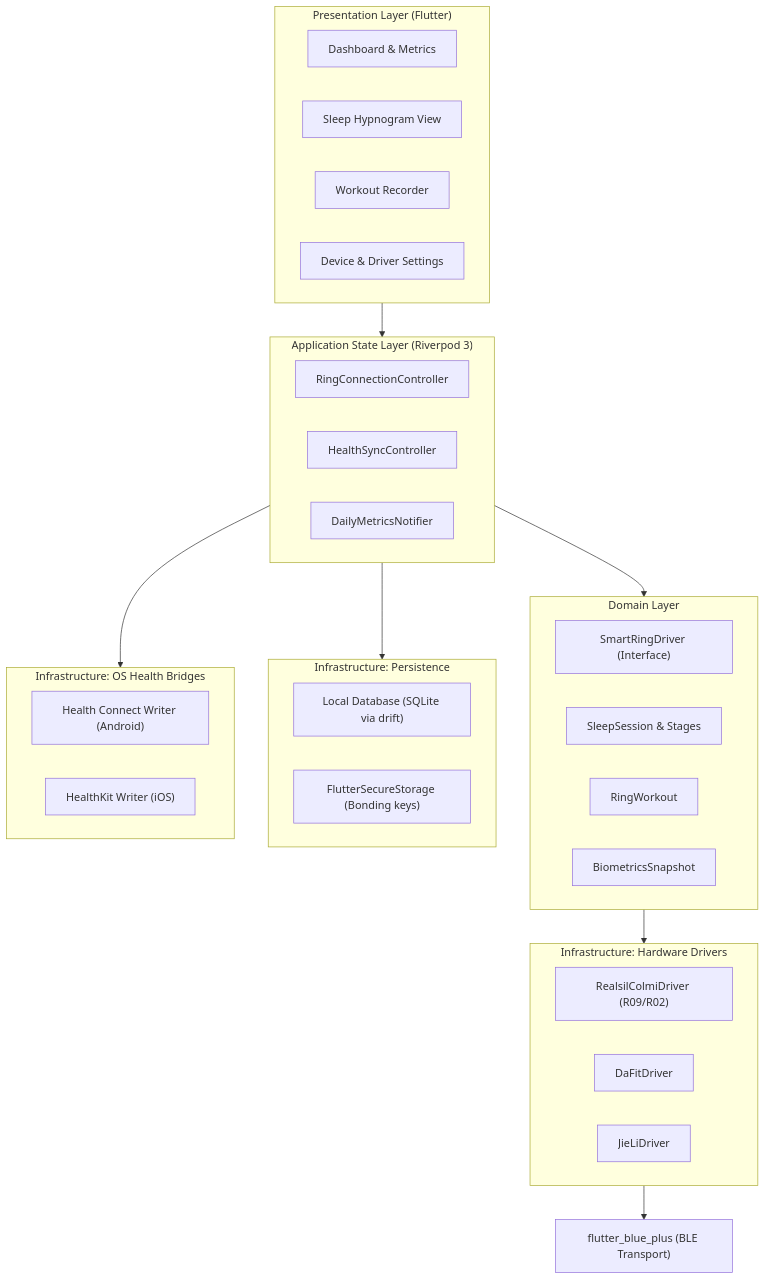
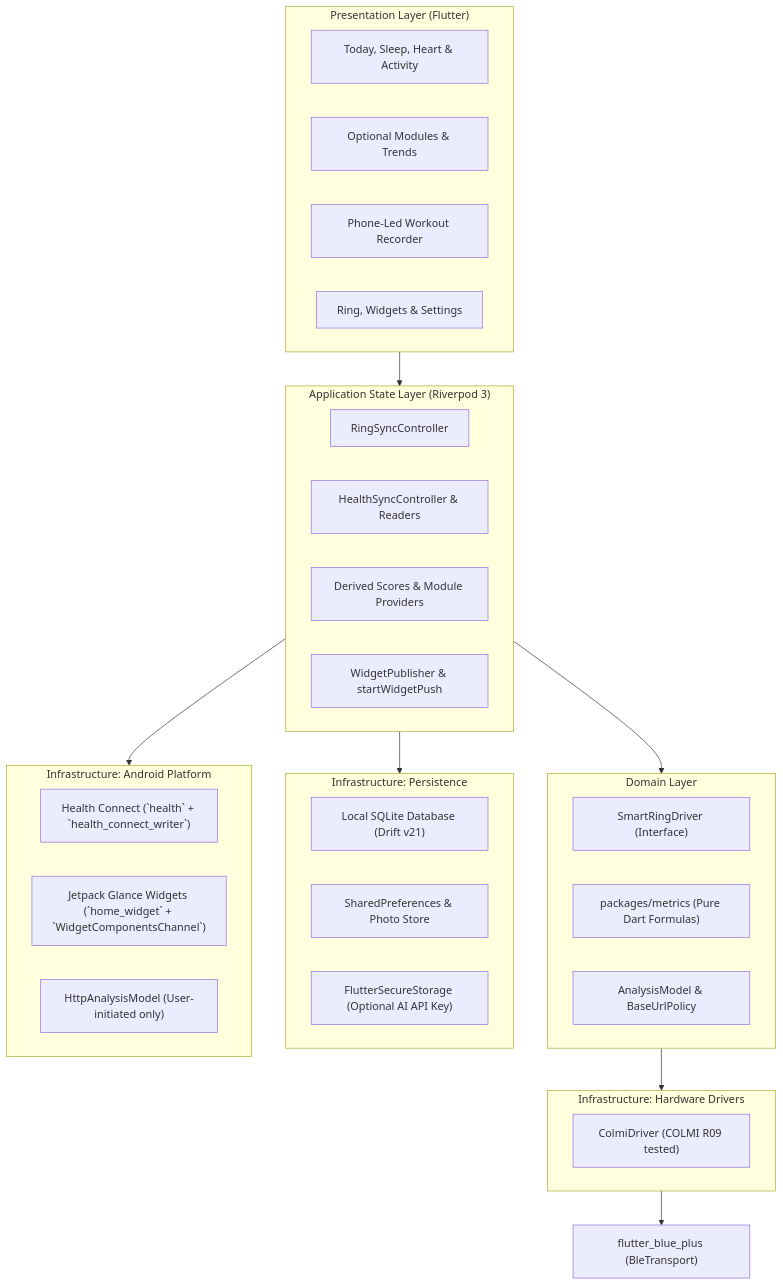
The first of 2 diagrams in docs/architecture.md (gabrielbsandim/open-ring), drawn with Mermaid before and after one commit. The commit also changed other lines of this file and 4 other files, not shown here.

Commit message:
docs: sync README, plan, roadmap, and architecture for Epic #15 (#416)

````diff
--- a/docs/architecture.md
+++ b/docs/architecture.md
@@ -12,45 +12,45 @@
 ```mermaid
 flowchart TD
     subgraph UI ["Presentation Layer (Flutter)"]
-        Dashboard["Dashboard & Metrics"]
-        SleepView["Sleep Hypnogram View"]
-        WorkoutView["Workout Recorder"]
-        SettingsView["Device & Driver Settings"]
+        Dashboard["Today, Sleep, Heart & Activity"]
+        ModulesUI["Optional Modules & Trends"]
+        WorkoutView["Phone-Led Workout Recorder"]
+        SettingsView["Ring, Widgets & Settings"]
     end
 
     subgraph AppState ["Application State Layer (Riverpod 3)"]
-        RingController["RingConnectionController"]
-        HealthSyncController["HealthSyncController"]
-        MetricsNotifier["DailyMetricsNotifier"]
+        RingController["RingSyncController"]
+        HealthSyncController["HealthSyncController & Readers"]
+        MetricsProviders["Derived Scores & Module Providers"]
+        WidgetPush["WidgetPublisher & startWidgetPush"]
     end
 
     subgraph Domain ["Domain Layer"]
         RingDriver["SmartRingDriver (Interface)"]
-        SleepModel["SleepSession & Stages"]
-        WorkoutModel["RingWorkout"]
-        BiometricsModel["BiometricsSnapshot"]
+        MetricsPkg["packages/metrics (Pure Dart Formulas)"]
+        AiPort["AnalysisModel & BaseUrlPolicy"]
     end
 
     subgraph Drivers ["Infrastructure: Hardware Drivers"]
-        RealsilDriver["RealsilColmiDriver (R09/R02)"]
-        DaFitDriver["DaFitDriver"]
-        JieLiDriver["JieLiDriver"]
+        ColmiDriver["ColmiDriver (COLMI R09 tested)"]
     end
 
     subgraph Storage ["Infrastructure: Persistence"]
-        LocalDb["Local Database (SQLite via drift)"]
-        SecureStore["FlutterSecureStorage (Bonding keys)"]
+        LocalDb["Local SQLite Database (Drift v21)"]
+        PrefsStore["SharedPreferences & Photo Store"]
+        SecureStore["FlutterSecureStorage (Optional AI API Key)"]
     end
 
-    subgraph Bridges ["Infrastructure: OS Health Bridges"]
-        HealthConnectBridge["Health Connect Writer (Android)"]
-        HealthKitBridge["HealthKit Writer (iOS)"]
+    subgraph Bridges ["Infrastructure: Android Platform"]
+        HealthConnectBridge["Health Connect (`health` + `health_connect_writer`)"]
+        GlanceBridge["Jetpack Glance Widgets (`home_widget` + `WidgetComponentsChannel`)"]
+        AiHttpBridge["HttpAnalysisModel (User-initiated only)"]
     end
 
     UI --> AppState
     AppState --> Domain
     AppState --> Storage
     AppState --> Bridges
     Domain --> Drivers
-    Drivers --> BleStack["flutter_blue_plus (BLE Transport)"]
+    Drivers --> BleStack["flutter_blue_plus (BleTransport)"]
 ```
````
